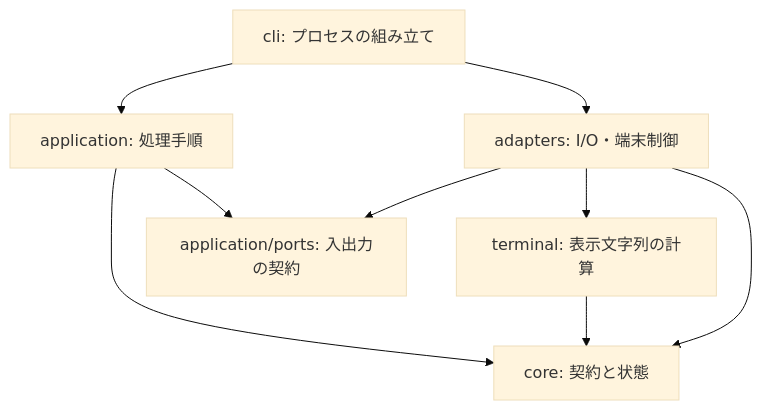
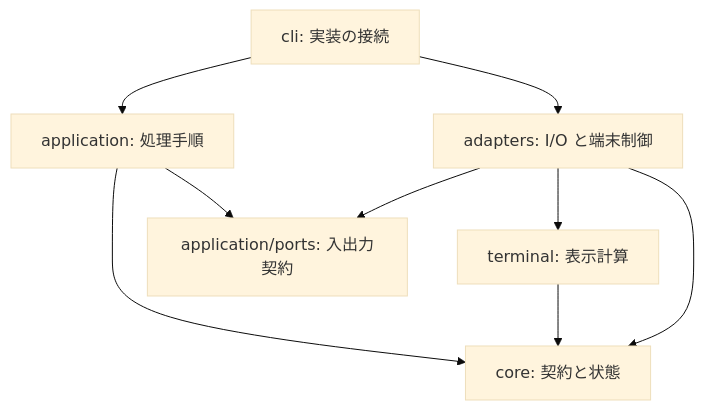
One commit to 9uiLe/hamio changed the diagram in docs/implementation.md. Above: the diagram before and after it, drawn with Mermaid (base theme). The commit also changed other lines of this file and 17 other files, not shown here.

````diff
--- a/docs/implementation.md
+++ b/docs/implementation.md
@@ -11,11 +11,11 @@
 ```mermaid
 flowchart TD
-    CLI["cli: プロセスの組み立て"] --> APP["application: 処理手順"]
-    CLI --> IO["adapters: I/O・端末制御"]
-    APP --> CORE["core: 契約と状態"]
-    APP --> PORT["application/ports: 入出力の契約"]
+    CLI[cli: 実装の接続] --> APP[application: 処理手順]
+    CLI --> IO[adapters: I/O と端末制御]
+    APP --> CORE[core: 契約と状態]
+    APP --> PORT[application/ports: 入出力契約]
     IO --> PORT
-    IO --> VIEW["terminal: 表示文字列の計算"]
+    IO --> VIEW[terminal: 表示計算]
     IO --> CORE
     VIEW --> CORE
 ```
````
